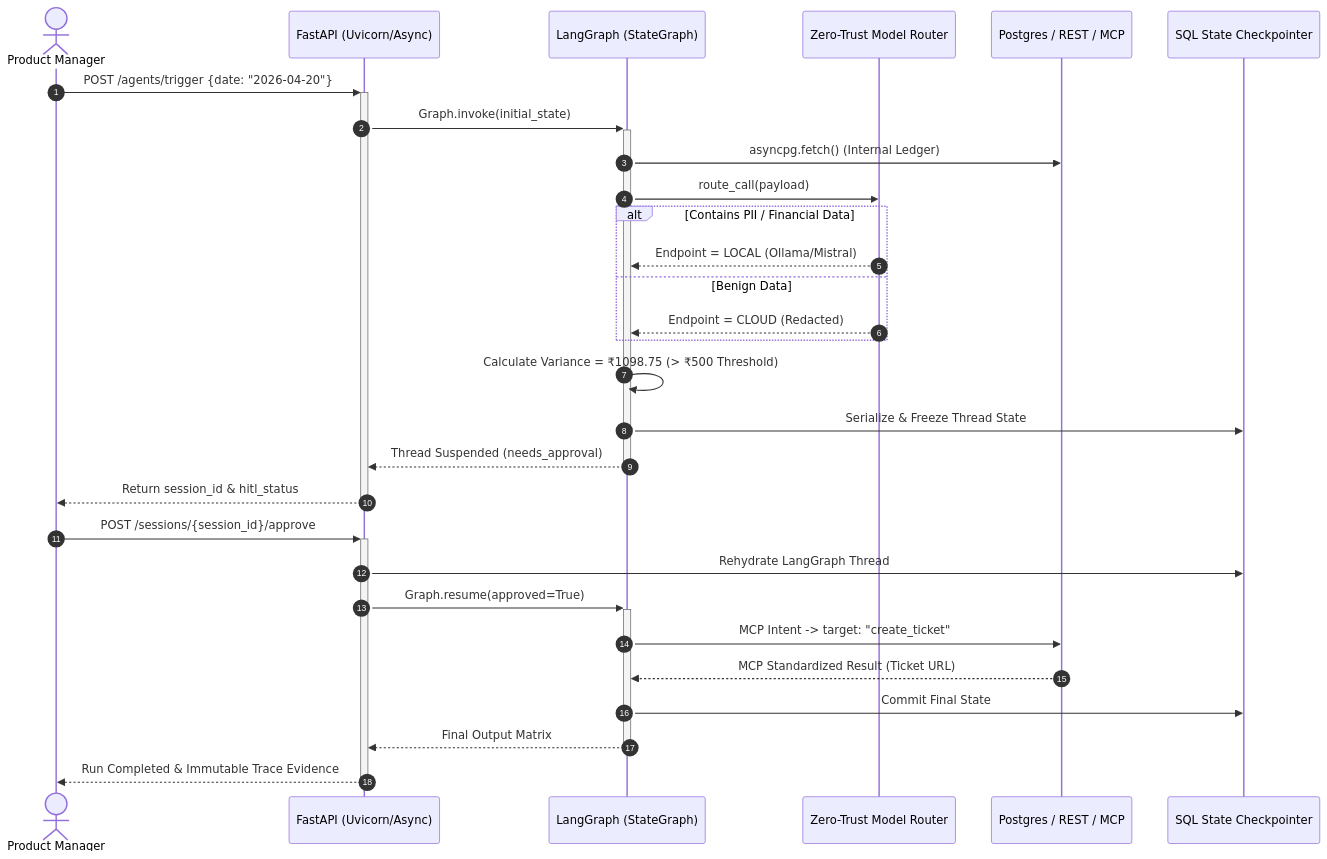
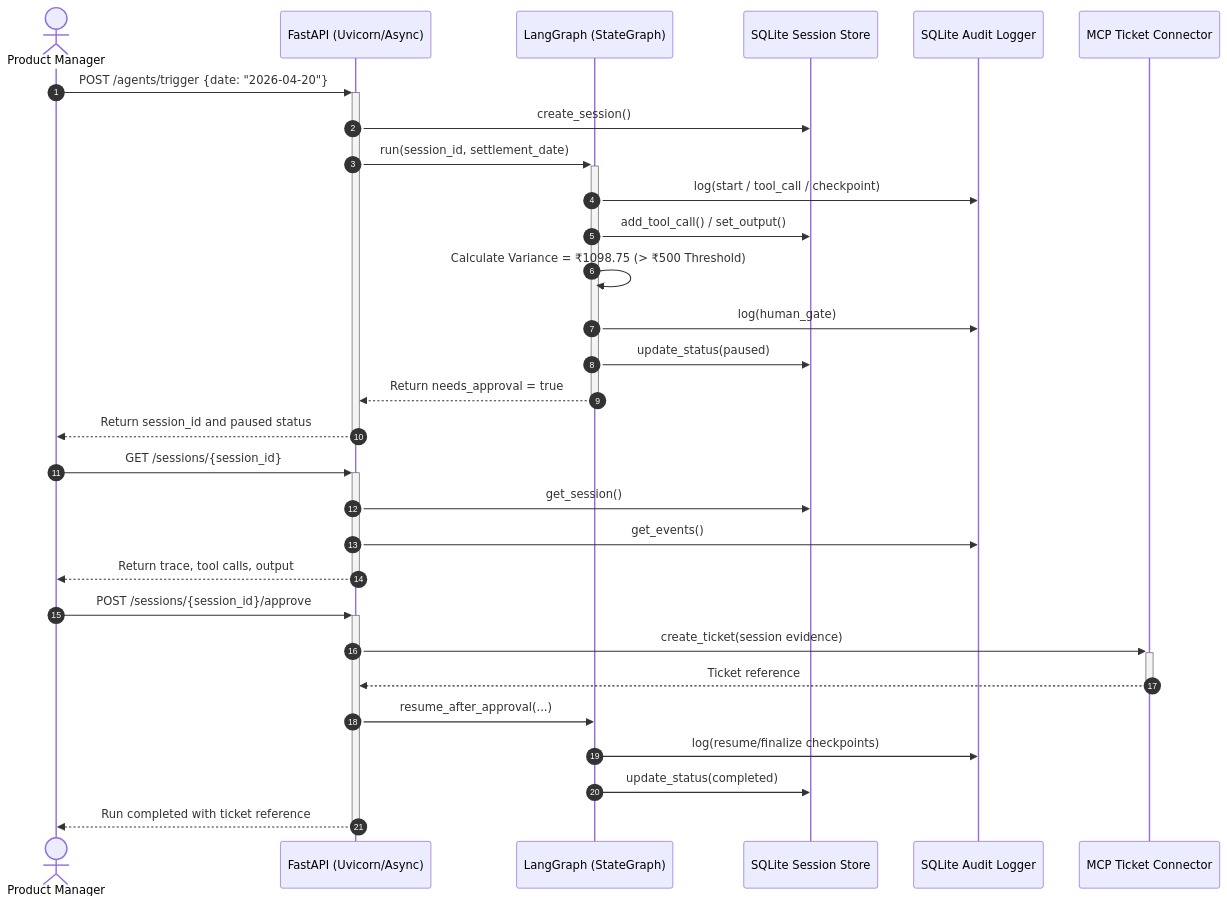
One commit to Aki0x137/ai-agent-platform-mvp changed the diagram in docs/architecture_demo_pitch.md. Above: the diagram before and after it, drawn with Mermaid. The commit also changed other lines of this file and 1 other file, not shown here.

Commit message:
final demo enhancements

````diff
--- a/docs/architecture_demo_pitch.md
+++ b/docs/architecture_demo_pitch.md
@@ -28,38 +28,38 @@
 ```mermaid
 sequenceDiagram
     autonumber
     actor User as Product Manager
     participant API as FastAPI (Uvicorn/Async)
     participant Graph as LangGraph (StateGraph)
-    participant Router as Zero-Trust Model Router
-    participant DB as Postgres / REST / MCP
-    participant Mem as SQL State Checkpointer
+    participant Sess as SQLite Session Store
+    participant Audit as SQLite Audit Logger
+    participant MCP as MCP Ticket Connector
 
-    %% Execution & Routing
+    %% Trigger and execution
     User->>+API: POST /agents/trigger {date: "2026-04-20"}
-    API->>+Graph: Graph.invoke(initial_state)
-    Graph->>DB: asyncpg.fetch() (Internal Ledger)
-    Graph->>Router: route_call(payload)
+    API->>Sess: create_session()
+    API->>+Graph: run(session_id, settlement_date)
+    Graph->>Audit: log(start / tool_call / checkpoint)
+    Graph->>Sess: add_tool_call() / set_output()
     
-    alt Contains PII / Financial Data
-        Router-->>Graph: Endpoint = LOCAL (Ollama/Mistral)
-    else Benign Data
-        Router-->>Graph: Endpoint = CLOUD (Redacted)
-    end
-    
-    %% Gate & Suspension
+    %% Gate and pause
     Graph->>Graph: Calculate Variance = ₹1098.75 (> ₹500 Threshold)
-    Graph->>Mem: Serialize & Freeze Thread State
-    Graph-->>-API: Thread Suspended (needs_approval)
-    API-->>-User: Return session_id & hitl_status
+    Graph->>Audit: log(human_gate)
+    Graph->>Sess: update_status(paused)
+    Graph-->>-API: Return needs_approval = true
+    API-->>-User: Return session_id and paused status
 
-    %% Resumption & Standardized Output
+    %% Approval and ticketing
+    User->>+API: GET /sessions/{session_id}
+    API->>Sess: get_session()
+    API->>Audit: get_events()
+    API-->>-User: Return trace, tool calls, output
+
     User->>+API: POST /sessions/{session_id}/approve
-    API->>Mem: Rehydrate LangGraph Thread
-    API->>+Graph: Graph.resume(approved=True)
-    Graph->>DB: MCP Intent -> target: "create_ticket"
-    DB-->>Graph: MCP Standardized Result (Ticket URL)
-    Graph->>Mem: Commit Final State
-    Graph-->>-API: Final Output Matrix
-    API-->>-User: Run Completed & Immutable Trace Evidence
+    API->>+MCP: create_ticket(session evidence)
+    MCP-->>-API: Ticket reference
+    API->>Graph: resume_after_approval(...)
+    Graph->>Audit: log(resume/finalize checkpoints)
+    Graph->>Sess: update_status(completed)
+    API-->>-User: Run completed with ticket reference
 ```
````
